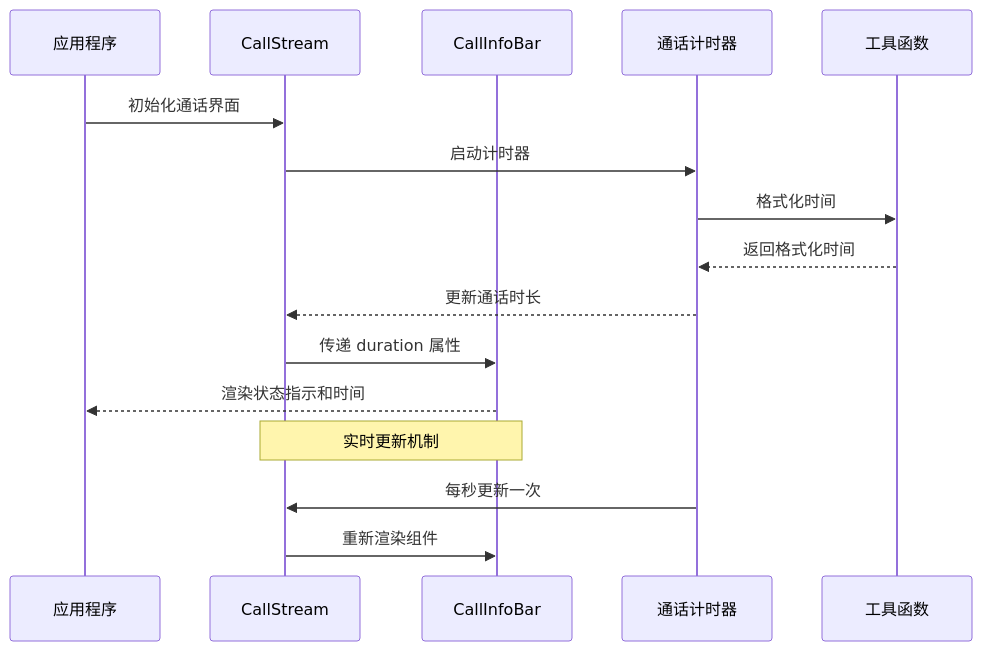
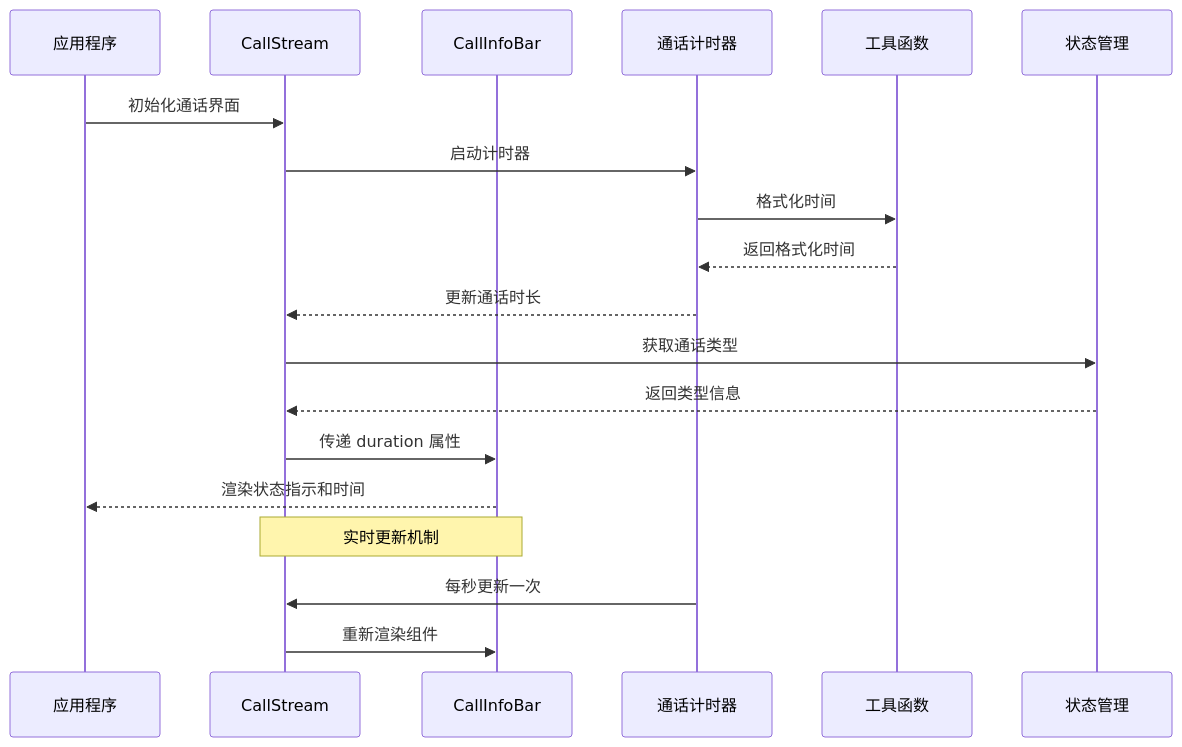
One commit to Easemob-Community/easemob-uikit-callkit-vue3 changed the second of 10 diagrams in .qoder/repowiki/zh/content/核心组件/单人通话组件/通话信息栏 CallInfoBar.md. Above: the diagram before and after it, drawn with Mermaid. The commit also changed other lines of this file and 58 other files, not shown here.

````diff
--- a/.qoder/repowiki/zh/content/核心组件/单人通话组件/通话信息栏 CallInfoBar.md
+++ b/.qoder/repowiki/zh/content/核心组件/单人通话组件/通话信息栏 CallInfoBar.md
@@ -80,18 +100,21 @@
 ```mermaid
 sequenceDiagram
 participant App as 应用程序
 participant Stream as CallStream
 participant InfoBar as CallInfoBar
 participant Timer as 通话计时器
 participant Utils as 工具函数
+participant State as 状态管理
 App->>Stream : 初始化通话界面
 Stream->>Timer : 启动计时器
 Timer->>Utils : 格式化时间
 Utils-->>Timer : 返回格式化时间
 Timer-->>Stream : 更新通话时长
+Stream->>State : 获取通话类型
+State-->>Stream : 返回类型信息
 Stream->>InfoBar : 传递 duration 属性
 InfoBar-->>App : 渲染状态指示和时间
 Note over Stream,InfoBar : 实时更新机制
 Timer->>Stream : 每秒更新一次
 Stream->>InfoBar : 重新渲染组件
 ```
````
